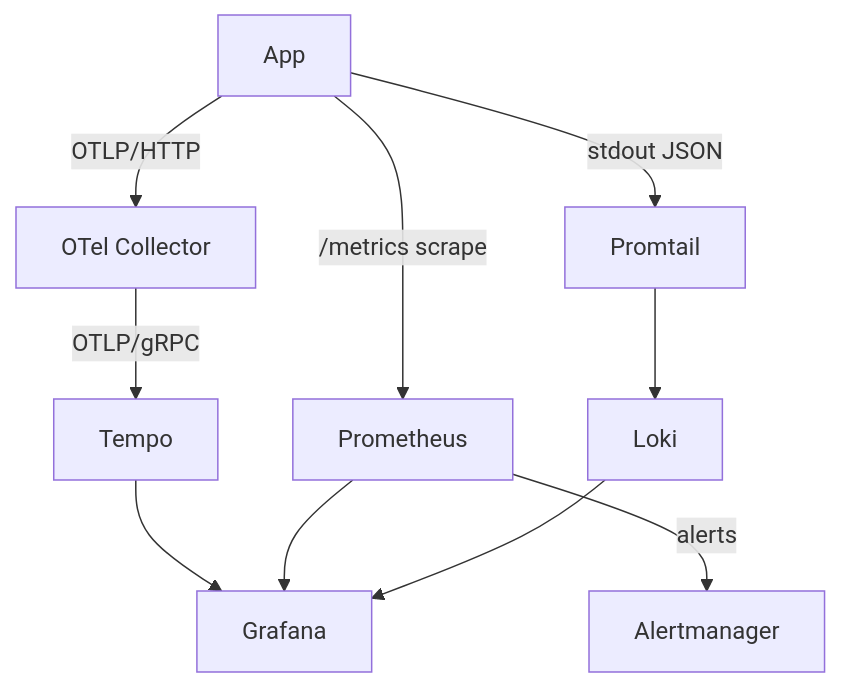
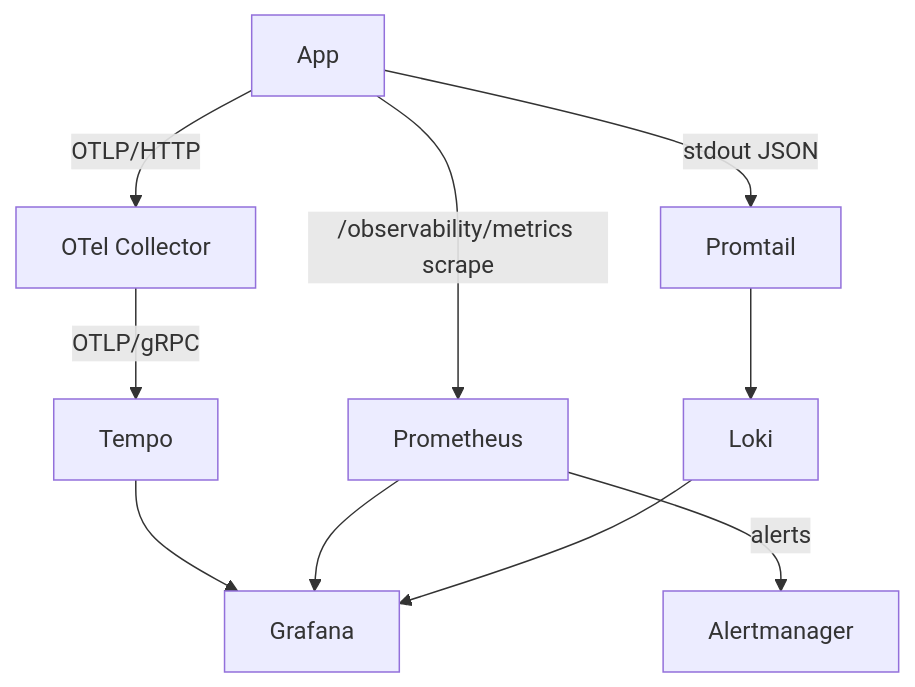
The diagram in docs/tools/grafana.md (Guebbit/boilerplate-node-backend), drawn with Mermaid before and after one commit. The commit also changed other lines of this file and 23 other files, not shown here.

````diff
--- a/docs/tools/grafana.md
+++ b/docs/tools/grafana.md
@@ -29,12 +29,12 @@
 ```mermaid
 flowchart TD
     App -->|OTLP/HTTP| Collector[OTel Collector]
     Collector -->|OTLP/gRPC| Tempo
-    App -->|/metrics scrape| Prometheus
+    App -->|/observability/metrics scrape| Prometheus
     App -->|stdout JSON| Promtail
     Promtail --> Loki
     Prometheus -->|alerts| Alertmanager
     Tempo --> Grafana
     Prometheus --> Grafana
     Loki --> Grafana
 ```
````
